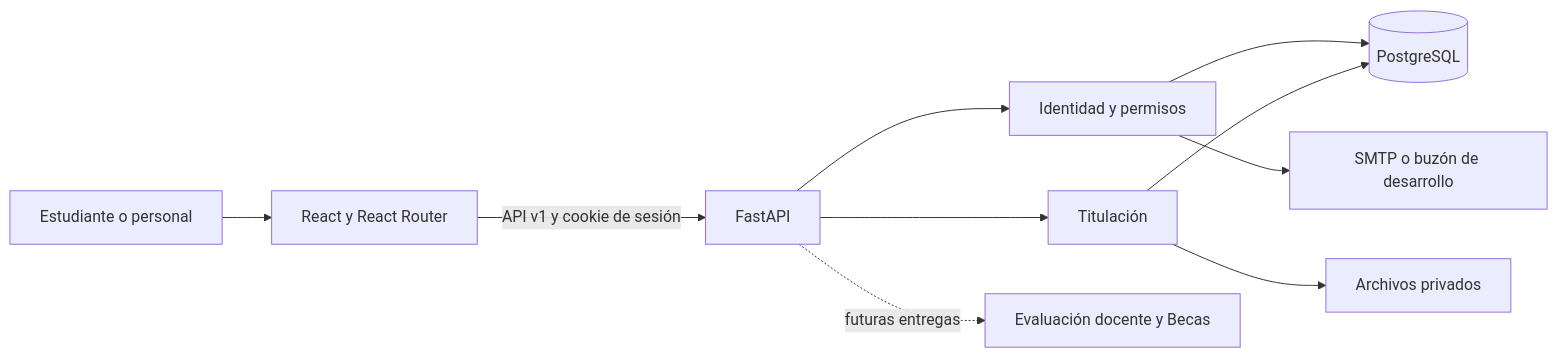
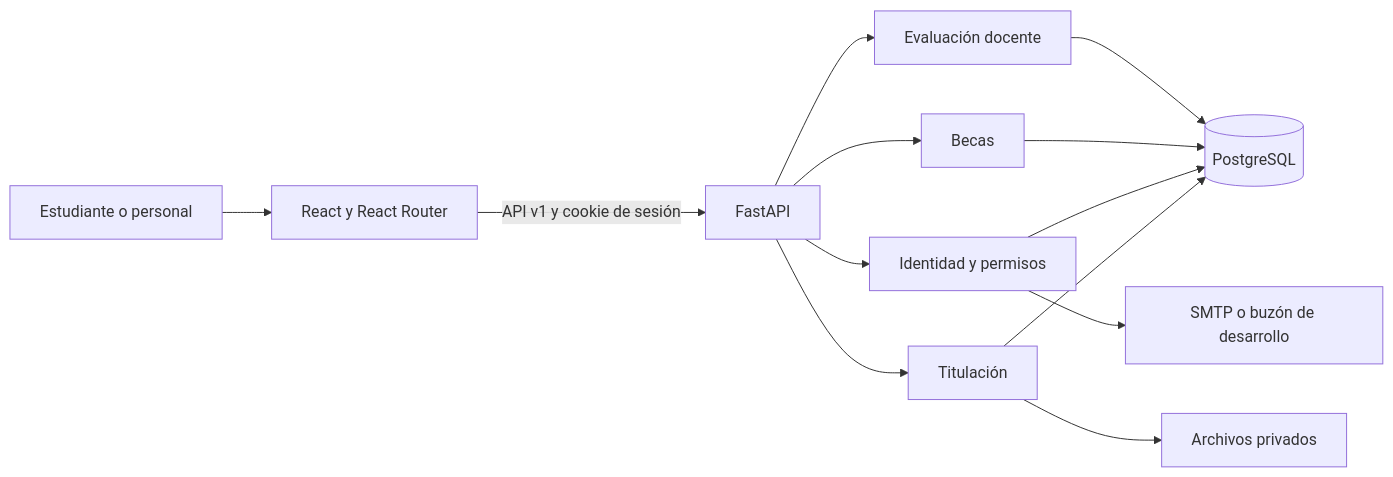
One commit to Angel-Hs-Progenl/Sistema-Universitario changed the diagram in docs/ARQUITECTURA.md. Above: the diagram before and after it, drawn with Mermaid. The commit also changed other lines of this file and 135 other files, not shown here.

First line of the commit message:
feat: integrar becas y evaluación docente (CR-010)

````diff
--- a/docs/ARQUITECTURA.md
+++ b/docs/ARQUITECTURA.md
@@ -7,12 +7,15 @@
 ```mermaid
 flowchart LR
   U[Estudiante o personal] --> R[React y React Router]
   R -->|API v1 y cookie de sesión| F[FastAPI]
   F --> I[Identidad y permisos]
   F --> T[Titulación]
-  F -. futuras entregas .-> E[Evaluación docente y Becas]
+  F --> E[Evaluación docente]
+  F --> B[Becas]
+  E --> P
+  B --> P
   I --> P[(PostgreSQL)]
   T --> P
   T --> A[Archivos privados]
   I --> M[SMTP o buzón de desarrollo]
 ```
````
